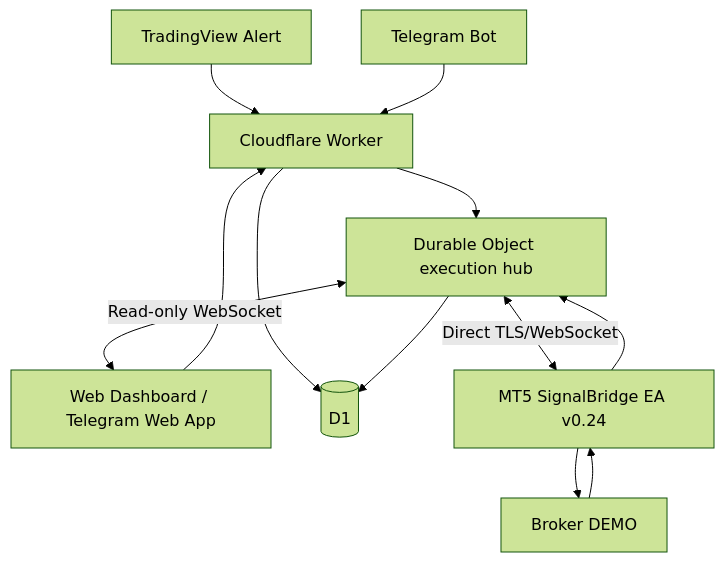
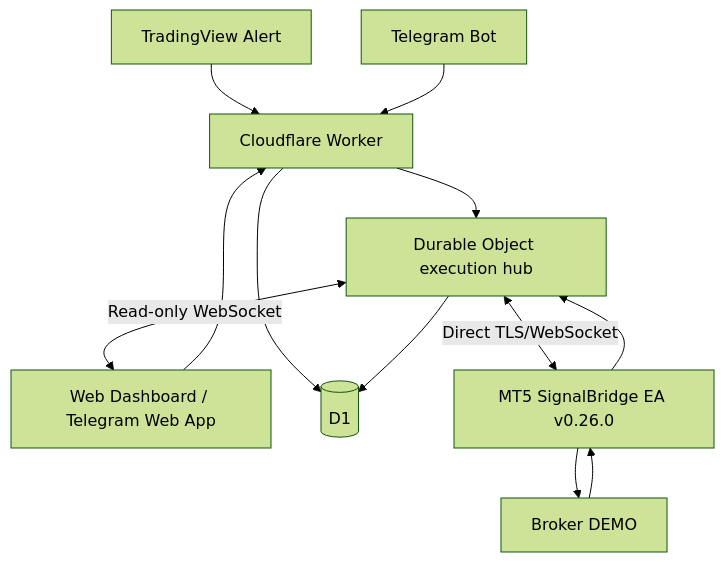
Before and after one commit to drfxai/Signal-Bridge: the diagram in docs/ARCHITECTURE.md, drawn with Mermaid (forest theme). The commit also changed other lines of this file and 29 other files, not shown here.

````diff
--- a/docs/ARCHITECTURE.md
+++ b/docs/ARCHITECTURE.md
@@ -25,14 +25,14 @@
 ```mermaid
 flowchart TD
  TV[TradingView Alert] --> W[Cloudflare Worker]
  TG[Telegram Bot] --> W
  DASH[Web Dashboard / Telegram Web App] --> W
  W --> DB[(D1)]
  W --> HUB[Durable Object execution hub]
- HUB <-->|Direct TLS/WebSocket| EA[MT5 SignalBridge EA v0.24]
+ HUB <-->|Direct TLS/WebSocket| EA[MT5 SignalBridge EA v0.26.0]
  HUB <-->|Read-only WebSocket| DASH
  EA --> BROKER[Broker DEMO]
  BROKER --> EA
  EA --> HUB
  HUB --> DB
 ```
````
